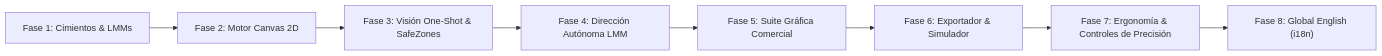
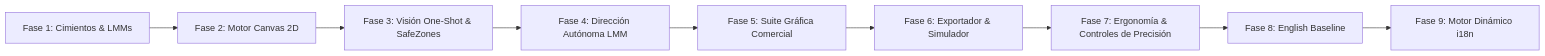
The diagram in docs/ROADMAP.md (jrmurillom/YText-Studio), drawn with Mermaid before and after one commit. The commit also changed other lines of this file and 16 other files, not shown here.

Commit message:
feat(fase-8): complete en-US creator vocabulary baseline

````diff
--- a/docs/ROADMAP.md
+++ b/docs/ROADMAP.md
@@ -35,10 +36,11 @@
 ```mermaid
 flowchart LR
     Fase1["Fase 1: Cimientos & LMMs"] --> Fase2["Fase 2: Motor Canvas 2D"]
     Fase2 --> Fase3["Fase 3: Visión One-Shot & SafeZones"]
     Fase3 --> Fase4["Fase 4: Dirección Autónoma LMM"]
     Fase4 --> Fase5["Fase 5: Suite Gráfica Comercial"]
     Fase5 --> Fase6["Fase 6: Exportador & Simulador"]
     Fase6 --> Fase7["Fase 7: Ergonomía & Controles de Precisión"]
-    Fase7 --> Fase8["Fase 8: Global English (i18n)"]
+    Fase7 --> Fase8["Fase 8: English Baseline"]
+    Fase8 --> Fase9["Fase 9: Motor Dinámico i18n"]
 ```
````
